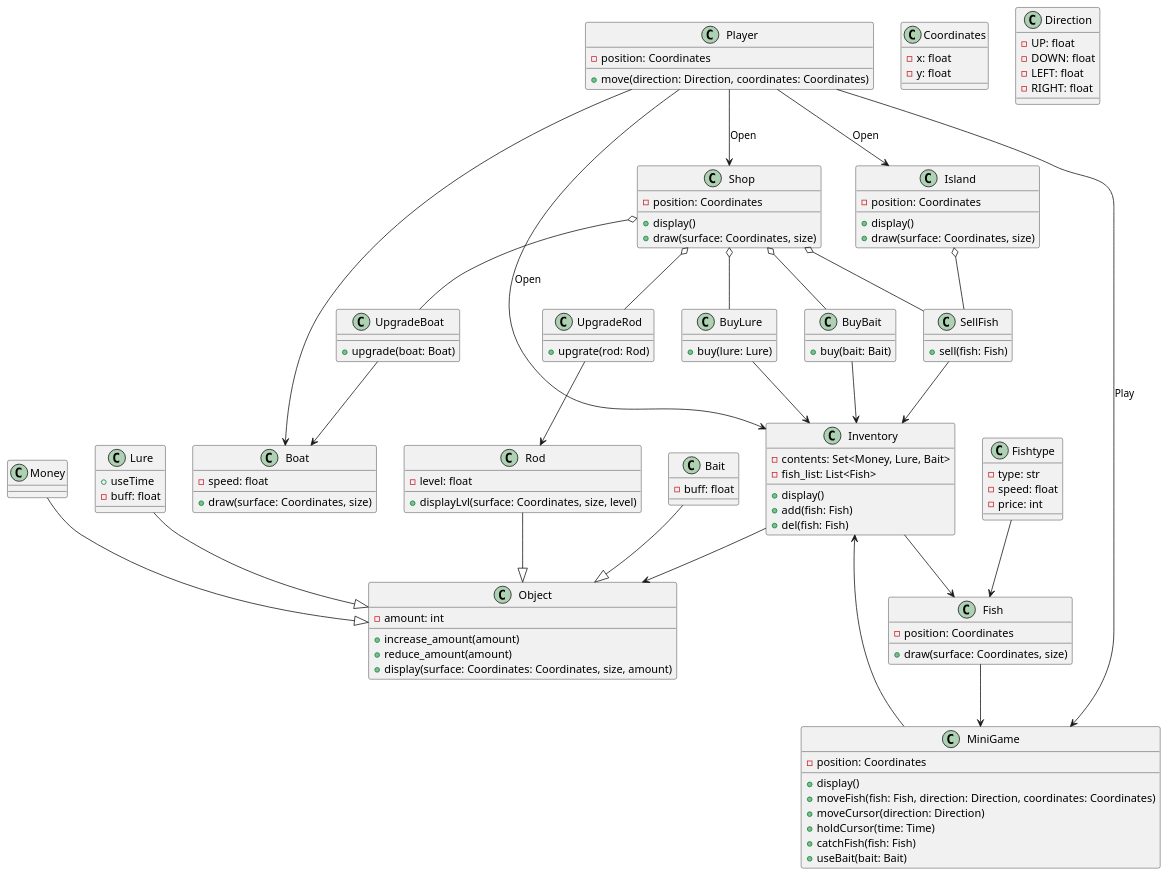
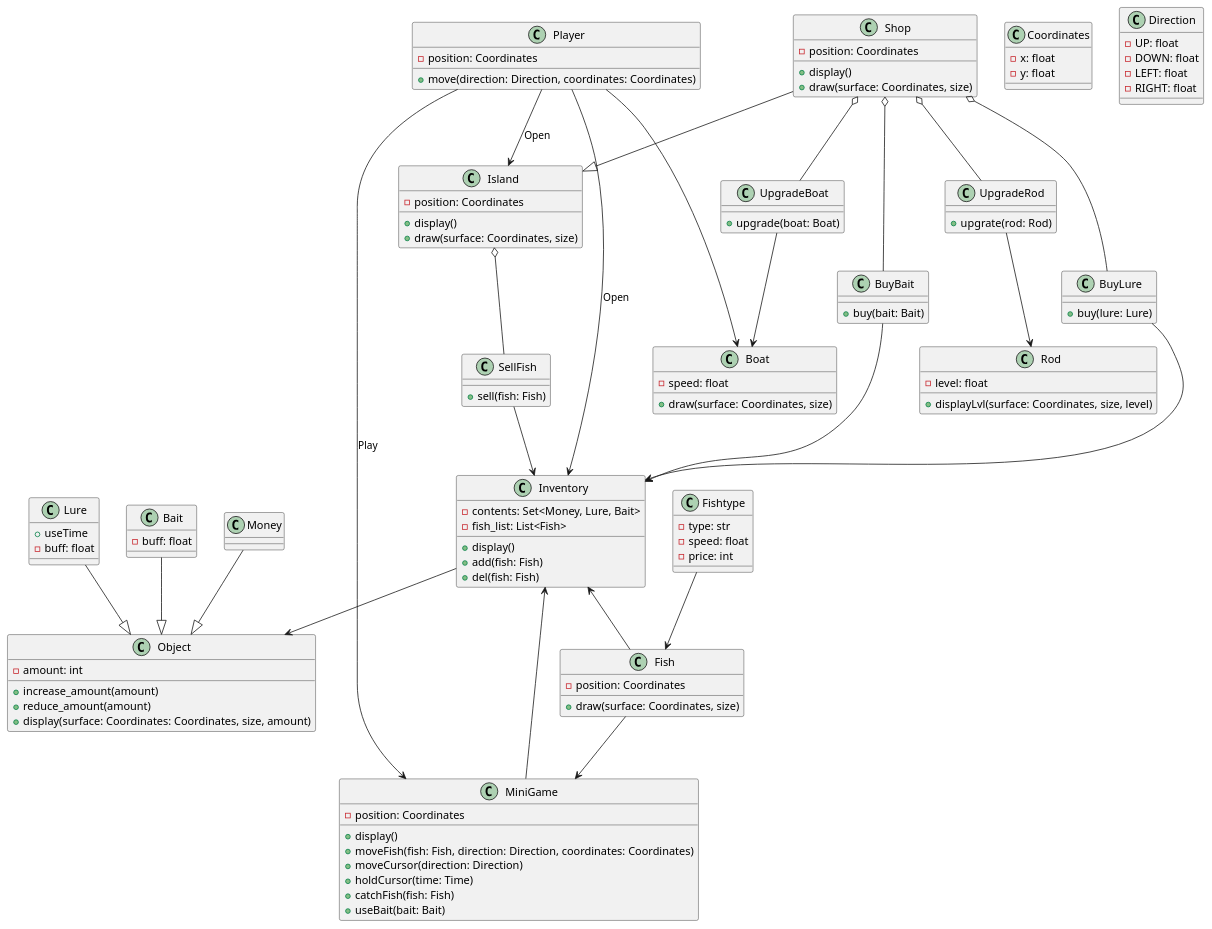
One commit to lenk6663/studying changed the diagram in docs/diagrams/struct/class_diagram.puml. Above: the diagram before and after it, drawn with PlantUML. The commit also changed 5 other files, not shown here.

Commit message:
Fixed class diagram again

```diff
--- a/docs/diagrams/struct/class_diagram.puml
+++ b/docs/diagrams/struct/class_diagram.puml
@@ -1,136 +1,134 @@
 @startuml Диаграмма классов
 
 class Player {
     -position: Coordinates
     +move(direction: Direction, coordinates: Coordinates)
 }
 
 class Inventory {
     +display()
     -contents: Set<Money, Lure, Bait>
     -fish_list: List<Fish>
     +add(fish: Fish)
     +del(fish: Fish)
 }
 
 class Object {
     - amount: int
     + increase_amount(amount)
     + reduce_amount(amount)
     + display(surface: Coordinates: Coordinates, size, amount)
 }
 
 class Money {}
 
 class Fish {
     -position: Coordinates
     +draw(surface: Coordinates, size)
 }
 class Fishtype {
     -type: str
     -speed: float
     -price: int
 }
 
 class Lure {
     +useTime
     -buff: float
 }
 
 class Bait {
     -buff: float
 }
 
 class Coordinates {
     -x: float
     -y: float
 }
 
 class Direction {
     -UP: float
     -DOWN: float
     -LEFT: float
     -RIGHT: float
 }
 
 class Boat {
     -speed: float
     +draw(surface: Coordinates, size)
 }
 
 class Rod {
     -level: float
     +displayLvl(surface: Coordinates, size, level)
 }
 
 class MiniGame {
     -position: Coordinates
     +display()
     +moveFish(fish: Fish, direction: Direction, coordinates: Coordinates)
     +moveCursor(direction: Direction)
     +holdCursor(time: Time)
     +catchFish(fish: Fish)
     +useBait(bait: Bait)
 }
 
 class Shop {
     -position: Coordinates
     +display()
     +draw(surface: Coordinates, size)
 }
 
 class Island {
     -position: Coordinates
     +display()
     +draw(surface: Coordinates, size)
 }
 
 class SellFish {
     +sell(fish: Fish)
 }
 
 class UpgradeBoat {
     +upgrade(boat: Boat)
 }
 
 class UpgradeRod {
     +upgrate(rod: Rod)
 }
 
 class BuyBait {
     +buy(bait: Bait)
 }
 
 class BuyLure {
     +buy(lure: Lure)
 }
 
 
 
 Player --> Inventory : Open
 Inventory --> Object
-Inventory --> Fish
+Inventory <-- Fish
 Lure --|> Object
-Rod --|> Object
 Bait --|> Object
 Money --|> Object
 Fish --> MiniGame
 Player --> Boat
 Player ---> MiniGame : Play
 MiniGame --> Inventory 
-Player --> Shop : Open
 Player --> Island : Open
 Fishtype --> Fish
-Shop o-- SellFish
 BuyBait --> Inventory
 BuyLure --> Inventory
 SellFish --> Inventory
 UpgradeBoat --> Boat
 UpgradeRod --> Rod
 Shop o-- UpgradeBoat
 Shop o-- UpgradeRod
 Shop o-- BuyBait
 Shop o-- BuyLure
+Shop --|> Island
 Island o-- SellFish
 
 @enduml
```
